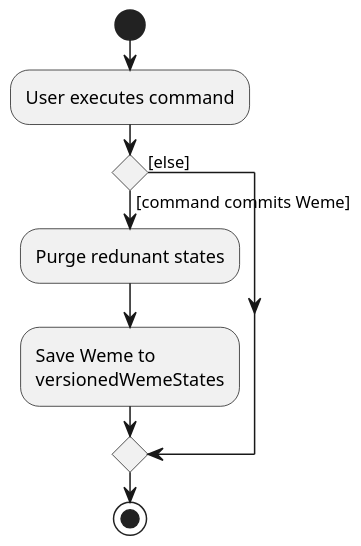
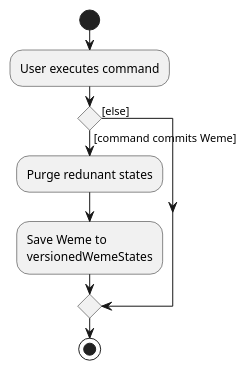
One commit to nus-cs2103-AY1920S1/addressbook-level3 changed the diagram in docs/diagrams/CommitActivityDiagram.puml. Above: the diagram before and after it, drawn with PlantUML. The commit also changed 20 other files, not shown here.

```diff
--- a/docs/diagrams/CommitActivityDiagram.puml
+++ b/docs/diagrams/CommitActivityDiagram.puml
@@ -1,16 +1,15 @@
 @startuml
-scale 1.5
 start
 :User executes command;
 
 'Since the beta syntax does not support placing the condition outside the
 'diamond we place it as the true branch instead.
 
 if () then ([command commits Weme])
     :Purge redunant states;
     :Save Weme to
     versionedWemeStates;
 else ([else])
 endif
 stop
 @enduml
```
